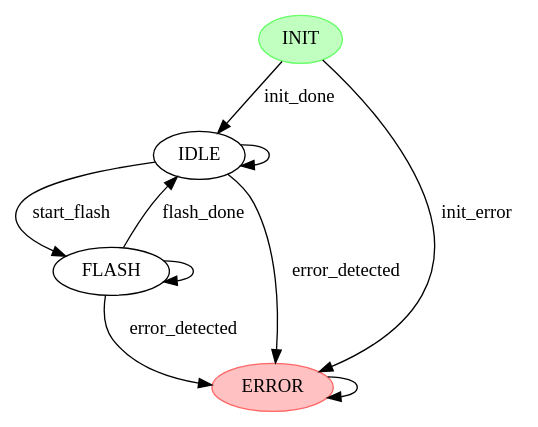
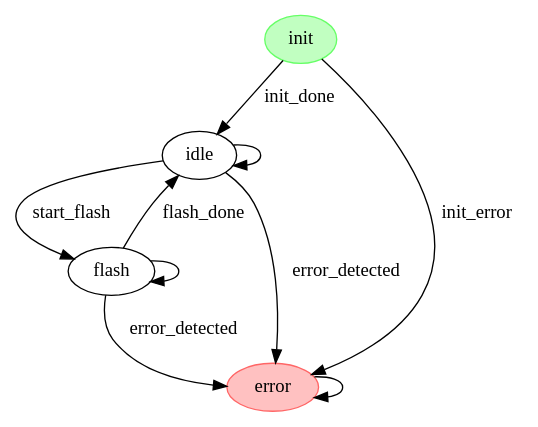
One commit to eagletrt/cockpit-indicators-sw changed the diagram in assets/fsm/fsm.dot. Above: the diagram before and after it, drawn with Graphviz.

Commit message:
chore: changed fsm state names case

```diff
--- a/assets/fsm/fsm.dot
+++ b/assets/fsm/fsm.dot
@@ -1,36 +1,36 @@
 digraph "fsm" {
     bgcolor="white"
     layout="dot"
     center=true
     concentrate=false
 
-    INIT [
+    init [
         style="filled"
         color="#66ff66"
         fillcolor="#c1ffc1"
     ]
-    IDLE
-    FLASH
-    ERROR [
+    idle
+    flash
+    error [
         style="filled"
         color="#ff6666"
         fillcolor="#ffc1c1"
     ]
 
-    // INIT transitions
-    INIT -> IDLE  [label="init_done"]
-    INIT -> ERROR [label="init_error"]
+    // init transitions
+    init -> idle  [label="init_done"]
+    init -> error [label="init_error"]
 
-    // IDLE transitions
-    IDLE -> IDLE
-    IDLE -> FLASH [label="start_flash"]
-    IDLE -> ERROR [label="error_detected"]
+    // idle transitions
+    idle -> idle
+    idle -> flash [label="start_flash"]
+    idle -> error [label="error_detected"]
 
-    // FLASH transitions
-    FLASH -> FLASH
-    FLASH -> IDLE  [label="flash_done"]
-    FLASH -> ERROR [label="error_detected"]
+    // flash transitions
+    flash -> flash
+    flash -> idle  [label="flash_done"]
+    flash -> error [label="error_detected"]
 
-    // ERROR transitions
-    ERROR -> ERROR
+    // error transitions
+    error -> error
 }
```
